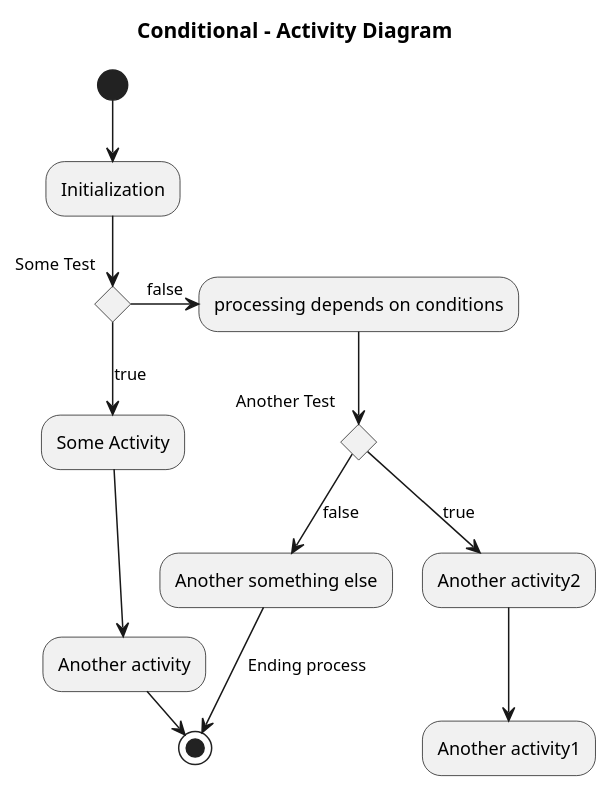
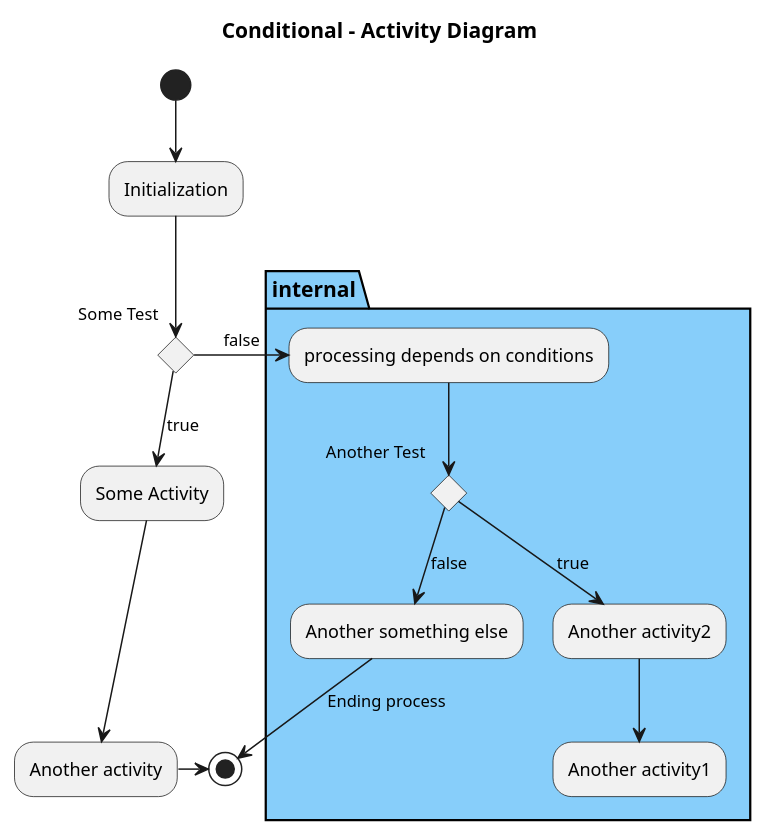
Before and after one commit to jiangcongtao/dev-2020-plantuml: the diagram in 01-activity-diagram-conditional2.puml, drawn with PlantUML.

Commit message:
add partition

```diff
--- a/01-activity-diagram-conditional2.puml
+++ b/01-activity-diagram-conditional2.puml
@@ -1,24 +1,25 @@
 @startuml
 
 title Conditional - Activity Diagram 
 
 (*) --> "Initialization"
 
 if "Some Test" then
   -->[true] "Some Activity"
   --> "Another activity"
   -right-> (*)
 else
-  ->[false] "processing depends on conditions"
-  
-  if "Another Test" then
-    -->[true] "Another activity2"
-    --> "Another activity1"
-  else
-    -->[false] "Another something else"
-  endif 
-  
+    partition internal #LightSkyBlue {
+      ->[false] "processing depends on conditions"
+      
+      if "Another Test" then
+        -->[true] "Another activity2"
+        --> "Another activity1"
+      else
+        -->[false] "Another something else"
+      endif 
+  }
   -->[Ending process] (*)
 endif
 
 @enduml
```
